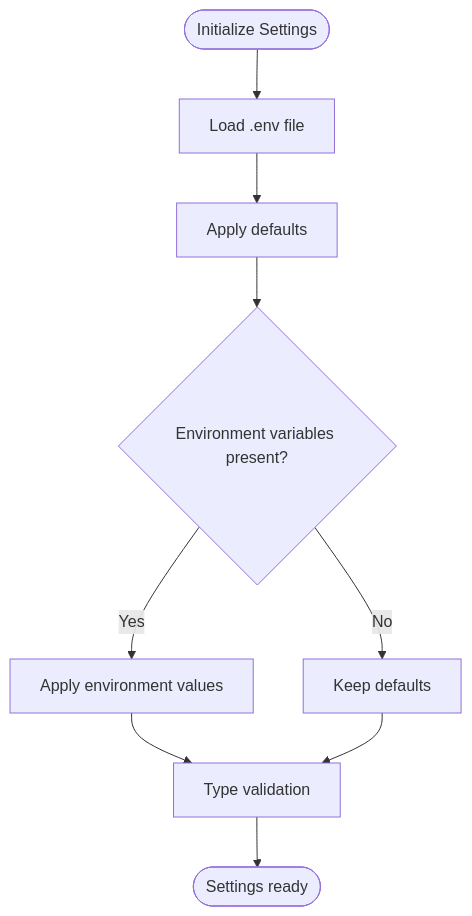
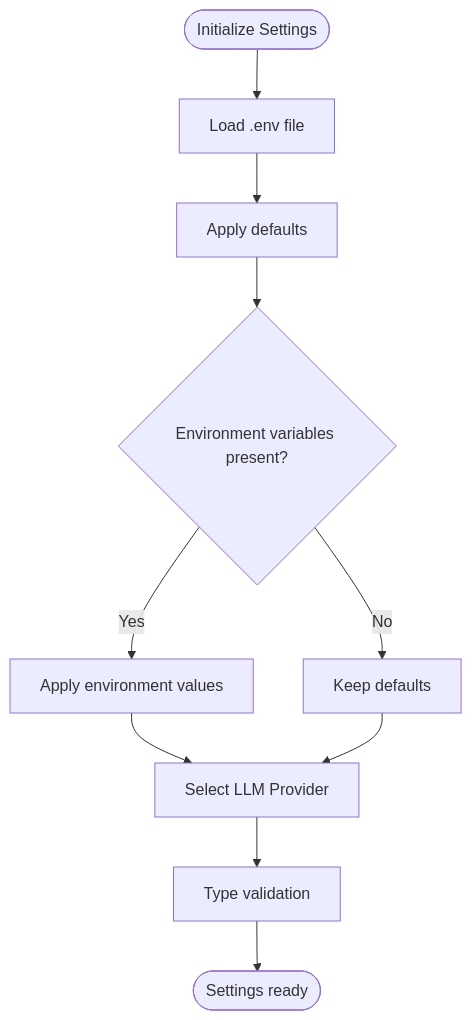
The fifth of 6 diagrams in .qoder/repowiki/en/content/Configuration Management.md (ognelis/cafetera_hr_bot), drawn with Mermaid before and after one commit. The commit also changed other lines of this file and 13 other files, not shown here.

````diff
--- a/.qoder/repowiki/en/content/Configuration Management.md
+++ b/.qoder/repowiki/en/content/Configuration Management.md
@@ -158,11 +198,12 @@
 ```mermaid
 flowchart TD
 Start(["Initialize Settings"]) --> LoadEnv["Load .env file"]
 LoadEnv --> Defaults["Apply defaults"]
 Defaults --> EnvOverride{"Environment variables present?"}
 EnvOverride --> |Yes| ApplyEnv["Apply environment values"]
 EnvOverride --> |No| KeepDefaults["Keep defaults"]
-ApplyEnv --> Validate["Type validation"]
-KeepDefaults --> Validate
+ApplyEnv --> ProviderSelect["Select LLM Provider"]
+ProviderSelect --> Validate["Type validation"]
+KeepDefaults --> ProviderSelect
 Validate --> Done(["Settings ready"])
 ```
````
